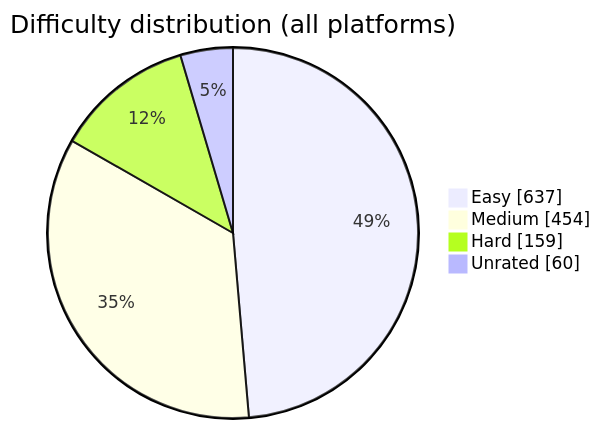
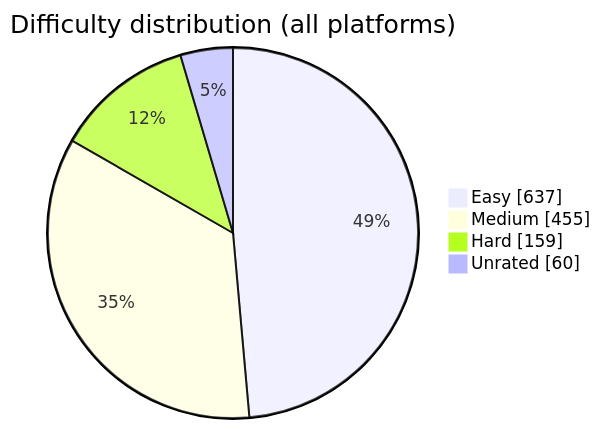
The diagram in README.md (BuildbyArindam/Daily-Coding-Log), drawn with Mermaid before and after one commit. The commit also changed other lines of this file, not shown here.

````diff
--- a/README.md
+++ b/README.md
@@ -93,7 +93,7 @@
 ```mermaid
 pie showData title Difficulty distribution (all platforms)
     "Easy" : 637
-    "Medium" : 454
+    "Medium" : 455
     "Hard" : 159
     "Unrated" : 60
 ```
````
